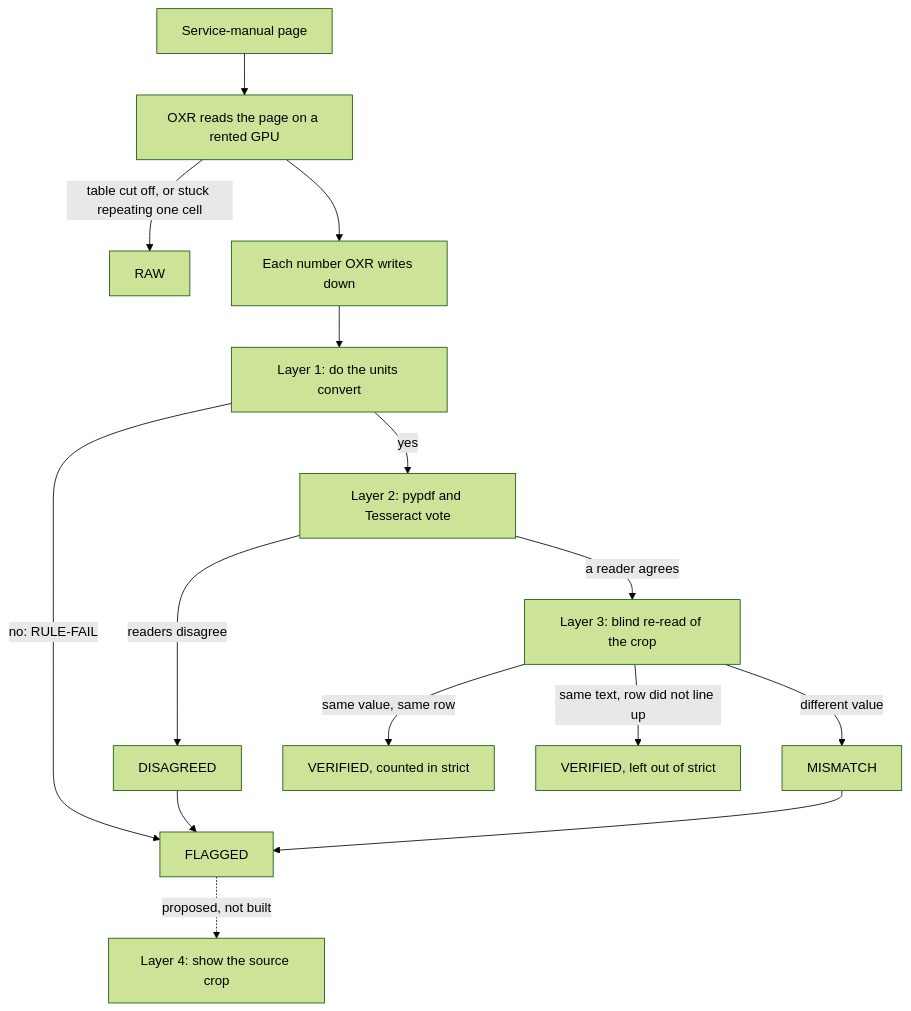
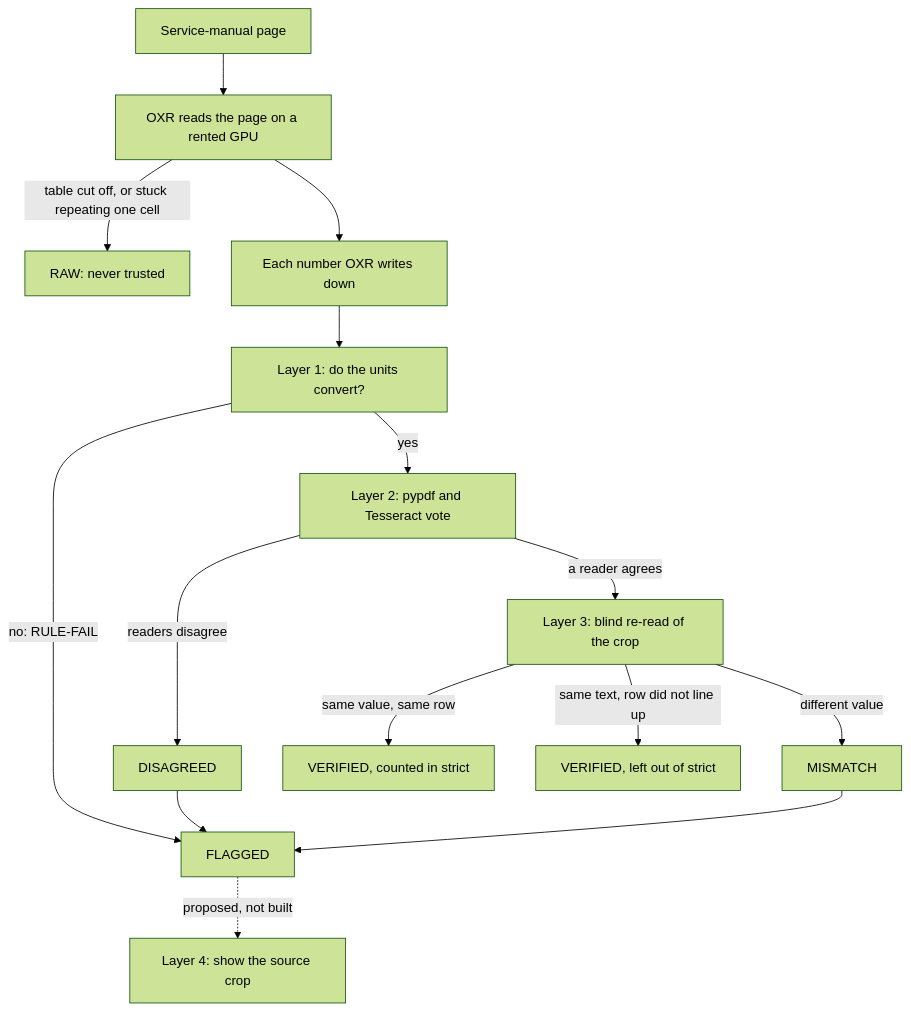
The diagram in docs/oxr-manual-extraction.md (zeketx/sidekick-mechanic), drawn with Mermaid (forest theme) before and after one commit. The commit also changed other lines of this file, not shown here.

Commit message:
docs: readability rewrite of OXR write-up

````diff
--- a/docs/oxr-manual-extraction.md
+++ b/docs/oxr-manual-extraction.md
@@ -30,17 +73,17 @@
 ```mermaid
 flowchart TD
     page["Service-manual page"] --> oxr["OXR reads the page on a rented GPU"]
-    oxr -->|"table cut off, or stuck repeating one cell"| raw["RAW"]
+    oxr -->|"table cut off, or stuck repeating one cell"| raw["RAW: never trusted"]
     oxr --> num["Each number OXR writes down"]
-    num --> rules["Layer 1: do the units convert"]
+    num --> rules["Layer 1: do the units convert?"]
     rules -->|"no: RULE-FAIL"| flagged["FLAGGED"]
     rules -->|"yes"| vote["Layer 2: pypdf and Tesseract vote"]
     vote -->|"readers disagree"| disagreed["DISAGREED"]
     disagreed --> flagged
     vote -->|"a reader agrees"| vision["Layer 3: blind re-read of the crop"]
     vision -->|"different value"| mismatch["MISMATCH"]
     mismatch --> flagged
     vision -->|"same value, same row"| verified["VERIFIED, counted in strict"]
     vision -->|"same text, row did not line up"| loose["VERIFIED, left out of strict"]
     flagged -.->|"proposed, not built"| crop["Layer 4: show the source crop"]
 ```
````
